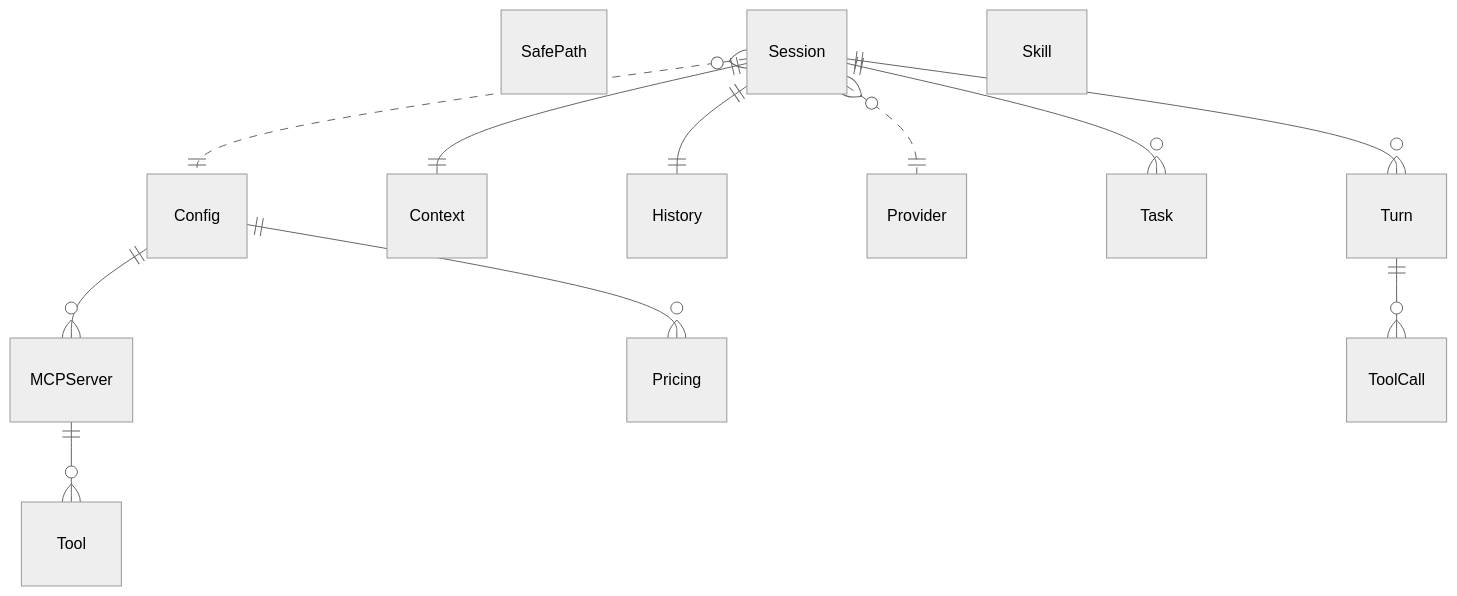
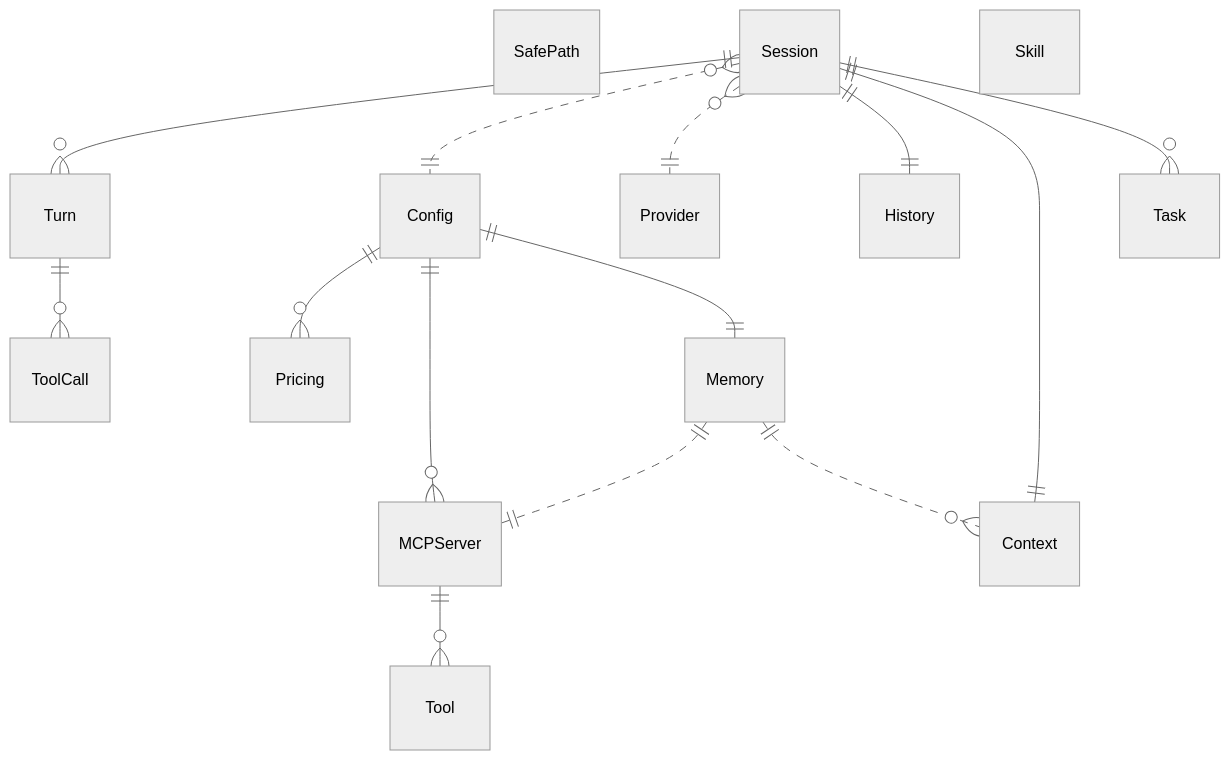
Before and after one commit to gosharplite/tell-me-go: the diagram in docs/domain-model/tell-me-go.modelith.md, drawn with Mermaid (neutral theme). The commit also changed other lines of this file and 54 other files, not shown here.

First line of the commit message:
feat(memory): automatic PLUR memory integration — context injection + turn-hook learning (#1404) (#1405)

````diff
--- a/docs/domain-model/tell-me-go.modelith.md
+++ b/docs/domain-model/tell-me-go.modelith.md
@@ -349,26 +388,30 @@
 ```mermaid
 erDiagram
     Config {}
     Context {}
     History {}
     MCPServer {}
+    Memory {}
     Pricing {}
     Provider {}
     SafePath {}
     Session {}
     Skill {}
     Task {}
     Tool {}
     ToolCall {}
     Turn {}
     Config ||--o{ Pricing : ""
     Config ||--o{ MCPServer : ""
+    Config ||--|| Memory : ""
     MCPServer ||--o{ Tool : ""
+    Memory ||..|| MCPServer : ""
+    Memory ||..o{ Context : ""
     Session ||--o{ Turn : ""
     Session }o..|| Config : ""
     Session }o..|| Provider : ""
     Session ||--|| History : ""
     Session ||--|| Context : ""
     Session ||--o{ Task : ""
     Turn ||--o{ ToolCall : ""
 ```
````
